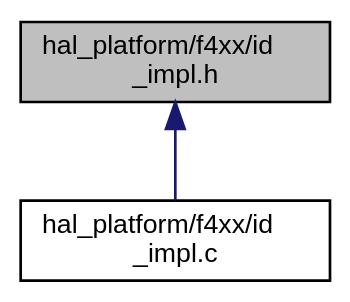
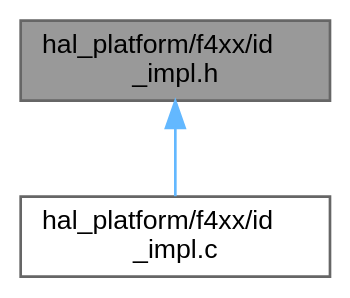
Before and after one commit to ebs-universe/piolib-hal-uc-stm32: the diagram in f4xx_2id__impl_8h__dep__incl.dot, drawn with Graphviz. The commit also changed 1546 other files, not shown here.

```diff
--- a/f4xx_2id__impl_8h__dep__incl.dot
+++ b/f4xx_2id__impl_8h__dep__incl.dot
@@ -1,11 +1,11 @@
 digraph "hal_platform/f4xx/id_impl.h"
 {
  // INTERACTIVE_SVG=YES
  // LATEX_PDF_SIZE
   bgcolor="transparent";
-  edge [fontname="Helvetica",fontsize="10",labelfontname="Helvetica",labelfontsize="10"];
-  node [fontname="Helvetica",fontsize="10",shape=record];
-  Node1 [label="hal_platform/f4xx/id\l_impl.h",height=0.2,width=0.4,color="black", fillcolor="grey75", style="filled", fontcolor="black",tooltip=" "];
-  Node1 -> Node2 [dir="back",color="midnightblue",fontsize="10",style="solid",fontname="Helvetica"];
-  Node2 [label="hal_platform/f4xx/id\l_impl.c",height=0.2,width=0.4,color="black",URL="$f4xx_2id__impl_8c.html",tooltip=" "];
+  edge [fontname=Helvetica,fontsize=10,labelfontname=Helvetica,labelfontsize=10];
+  node [fontname=Helvetica,fontsize=10,shape=box,height=0.2,width=0.4];
+  Node1 [id="Node000001",label="hal_platform/f4xx/id\l_impl.h",height=0.2,width=0.4,color="gray40", fillcolor="grey60", style="filled", fontcolor="black",tooltip=" "];
+  Node1 -> Node2 [id="edge1_Node000001_Node000002",dir="back",color="steelblue1",style="solid",tooltip=" "];
+  Node2 [id="Node000002",label="hal_platform/f4xx/id\l_impl.c",height=0.2,width=0.4,color="grey40", fillcolor="white", style="filled",URL="$f4xx_2id__impl_8c.html",tooltip=" "];
 }
```
